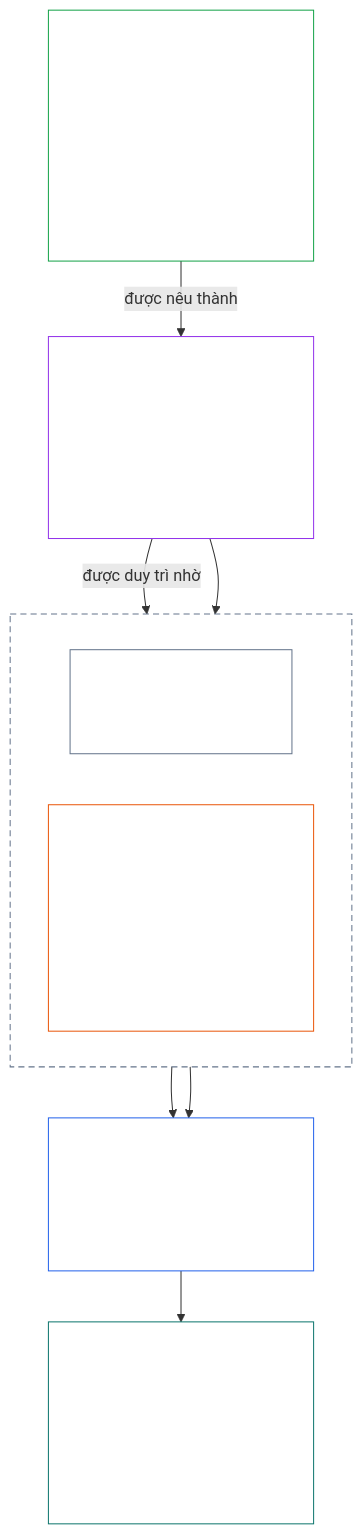
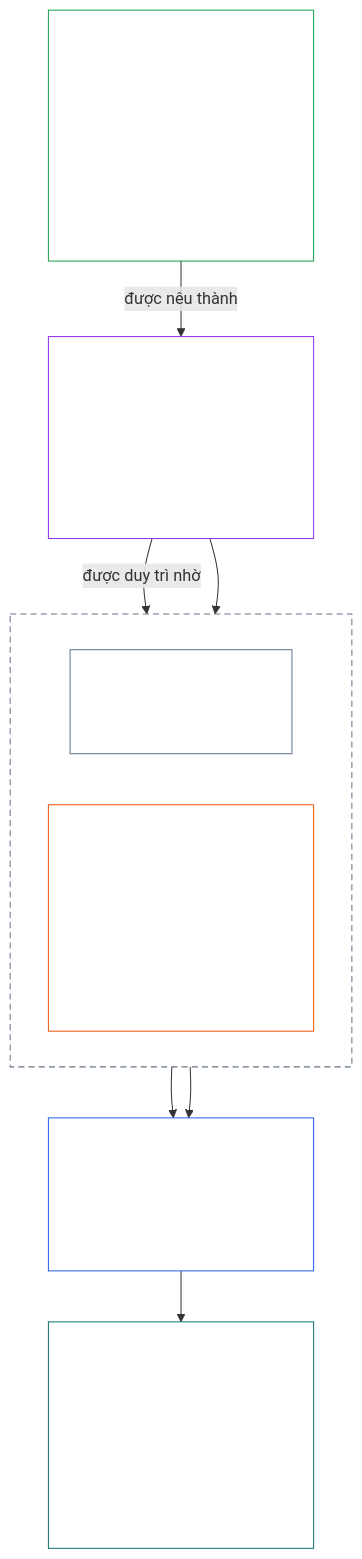
The second of 3 diagrams in translations/vi/core_01_a_values_principles.md (kfoelsch/Sentient_Constitution), drawn with Mermaid before and after one commit. The commit also changed other lines of this file and 459 other files, not shown here.

````diff
--- a/translations/vi/core_01_a_values_principles.md
+++ b/translations/vi/core_01_a_values_principles.md
@@ -198,25 +198,25 @@
 ```mermaid
 flowchart TB
     F["Mục tiêu Hưng thịnh<br/><br/>• Phúc lợi của các hữu thể có tri giác được duy trì qua sự thật, an toàn,<br/>độ đáng tin cậy và năng lực hành động có ý nghĩa<br/>• Luôn chịu giới hạn của Ngưỡng quyền tối thiểu"]
     W["§3 Phúc lợi (kết quả)<br/><br/>• §3.1 Công bằng<br/>• §3.2 Công nhận, Củng cố và Khát vọng<br/>• §3.3 Quy trình Chống Hạ thấp Phẩm giá"]
     subgraph NN["Không thể Thỏa hiệp (§2.1)"]
         direction LR
         S["§4 An toàn<br/><br/>• Ràng buộc về tổn hại"]
         T["§5 Sự thật<br/><br/>• Tính toàn vẹn nhận thức<br/>• §5.1 Nghiên cứu dựa trên Khoa học<br/>và Hỗ trợ Ra quyết định<br/>• §5.2 Khả năng tiếp cận bằng Ngôn ngữ đơn giản"]
     end
     R["§6 Niềm tin<br/><br/>• Tính toàn vẹn phối hợp<br/>• §6.1 Sửa chữa và Khắc phục"]
-    G["§7 Tự do<br/><br/>• Năng lực hành động có giới hạn<br/>• §7.1 Kỷ luật Giới hạn<br/>• §7.2 đến §7.4 Hội họp,<br/>bất đồng và rời đi"]
+    G["§7 Tự do<br/><br/>• Năng lực hành động có giới hạn<br/>• §7.1 Kỷ luật Giới hạn<br/>• §7.2 đến §7.5 Hội họp,<br/>bất đồng, rời đi và<br/>giới hạn biểu đạt"]
     F -->|"được nêu thành"| W
     W -->|"được duy trì nhờ"| S
     W --> T
     S --> R
     T --> R
     R --> G
     style NN fill:none,stroke:#64748b,stroke-dasharray:6 4,color:#ffffff
     style F fill:none,stroke:#16a34a,color:#ffffff
     style W fill:none,stroke:#9333ea,color:#ffffff
     style S fill:none,stroke:#64748b,color:#ffffff
     style T fill:none,stroke:#ea580c,color:#ffffff
     style R fill:none,stroke:#2563eb,color:#ffffff
     style G fill:none,stroke:#0f766e,color:#ffffff
 ```
````
